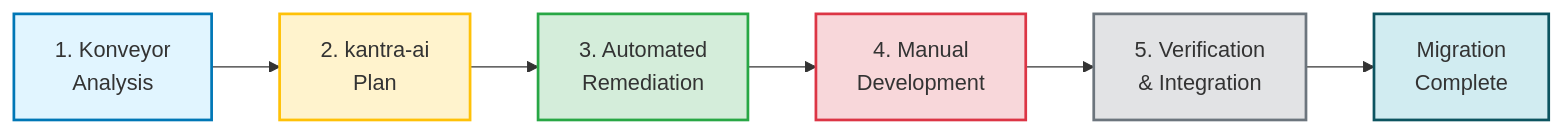
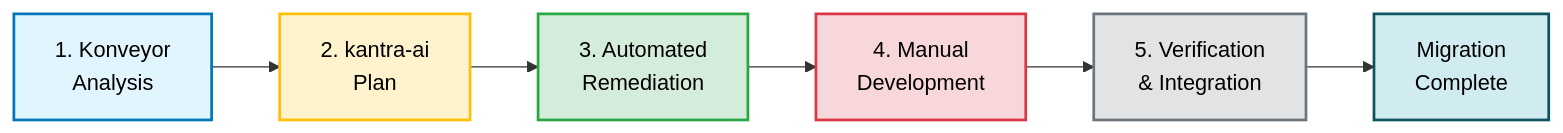
The first of 6 diagrams in docs/WORKFLOW.md (tsanders-rh/kantra-ai), drawn with Mermaid before and after one commit. The commit also changed other lines of this file, not shown here.

First line of the commit message:
Improve diagram text contrast for readability

````diff
--- a/docs/WORKFLOW.md
+++ b/docs/WORKFLOW.md
@@ -7,15 +7,15 @@
 ```mermaid
 flowchart LR
     A[1. Konveyor<br/>Analysis] --> B[2. kantra-ai<br/>Plan]
     B --> C[3. Automated<br/>Remediation]
     C --> D[4. Manual<br/>Development]
     D --> E[5. Verification<br/>& Integration]
     E --> F[Migration<br/>Complete]
 
-    style A fill:#e1f5ff,stroke:#0077b6,stroke-width:2px
-    style B fill:#fff3cd,stroke:#ffc107,stroke-width:2px
-    style C fill:#d4edda,stroke:#28a745,stroke-width:2px
-    style D fill:#f8d7da,stroke:#dc3545,stroke-width:2px
-    style E fill:#e2e3e5,stroke:#6c757d,stroke-width:2px
-    style F fill:#d1ecf1,stroke:#0c5460,stroke-width:2px
+    style A fill:#e1f5ff,stroke:#0077b6,stroke-width:2px,color:#000
+    style B fill:#fff3cd,stroke:#ffc107,stroke-width:2px,color:#000
+    style C fill:#d4edda,stroke:#28a745,stroke-width:2px,color:#000
+    style D fill:#f8d7da,stroke:#dc3545,stroke-width:2px,color:#000
+    style E fill:#e2e3e5,stroke:#6c757d,stroke-width:2px,color:#000
+    style F fill:#d1ecf1,stroke:#0c5460,stroke-width:2px,color:#000
 ```
````
